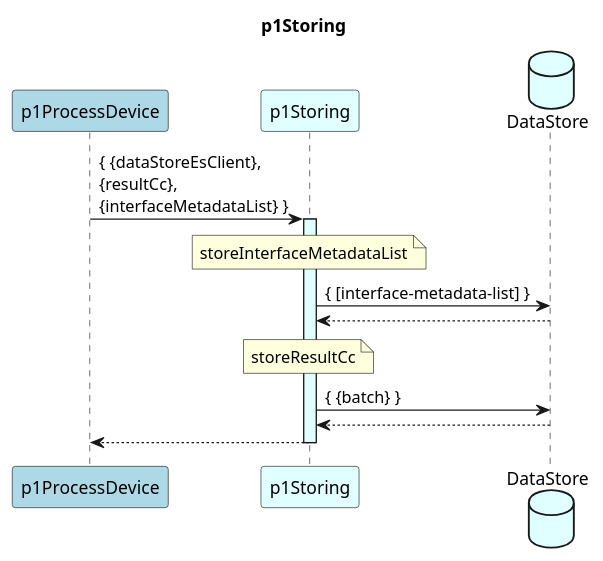
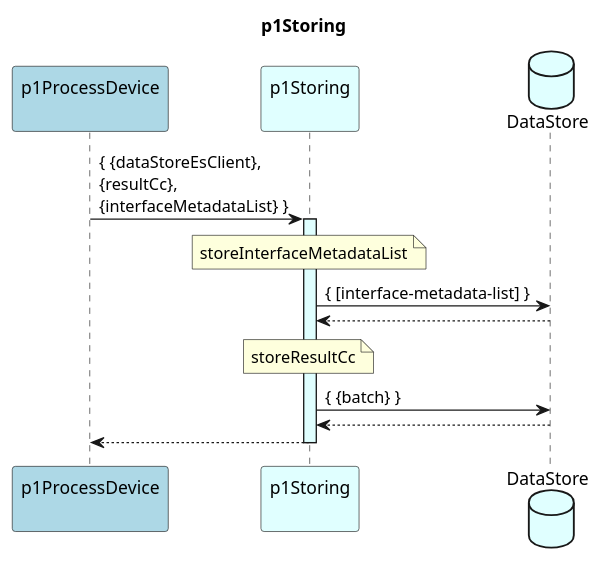
The diagram in spec/Functions/p1StreamPmData/p1ProcessDevice/p1Storing/1.0.0/p1Storing.plantuml (openBackhaul/DevicePerformanceManagementDataProcessor), drawn with PlantUML before and after one commit. The commit also changed 49 other files, not shown here.

Commit message:
Harmonize editorial of plantumls

```diff
--- a/spec/Functions/p1StreamPmData/p1ProcessDevice/p1Storing/1.0.0/p1Storing.plantuml
+++ b/spec/Functions/p1StreamPmData/p1ProcessDevice/p1Storing/1.0.0/p1Storing.plantuml
@@ -1,32 +1,32 @@
 @startuml p1Storing
 skinparam responseMessageBelowArrow true
 
 title
   p1Storing
 end title
 
-participant "p1ProcessDevice" as requestor #LightBlue
-participant "p1Storing" as cur #LightCyan
+participant "p1ProcessDevice\n" as requestor #LightBlue
+participant "p1Storing\n" as cur #LightCyan
 database "DataStore" as ds #LightCyan
 
 
 requestor -> cur : { {dataStoreEsClient},\n{resultCc},\n{interfaceMetadataList} }
 activate cur #LightCyan
 
   note over cur
     storeInterfaceMetadataList
   end note
   cur -> ds: { [interface-metadata-list] }
   cur <-- ds
 
   note over cur
     storeResultCc
   end note
   cur -> ds: { {batch} }
   cur <-- ds
 
 requestor <-- cur
 
 deactivate cur
 
 @enduml
```
